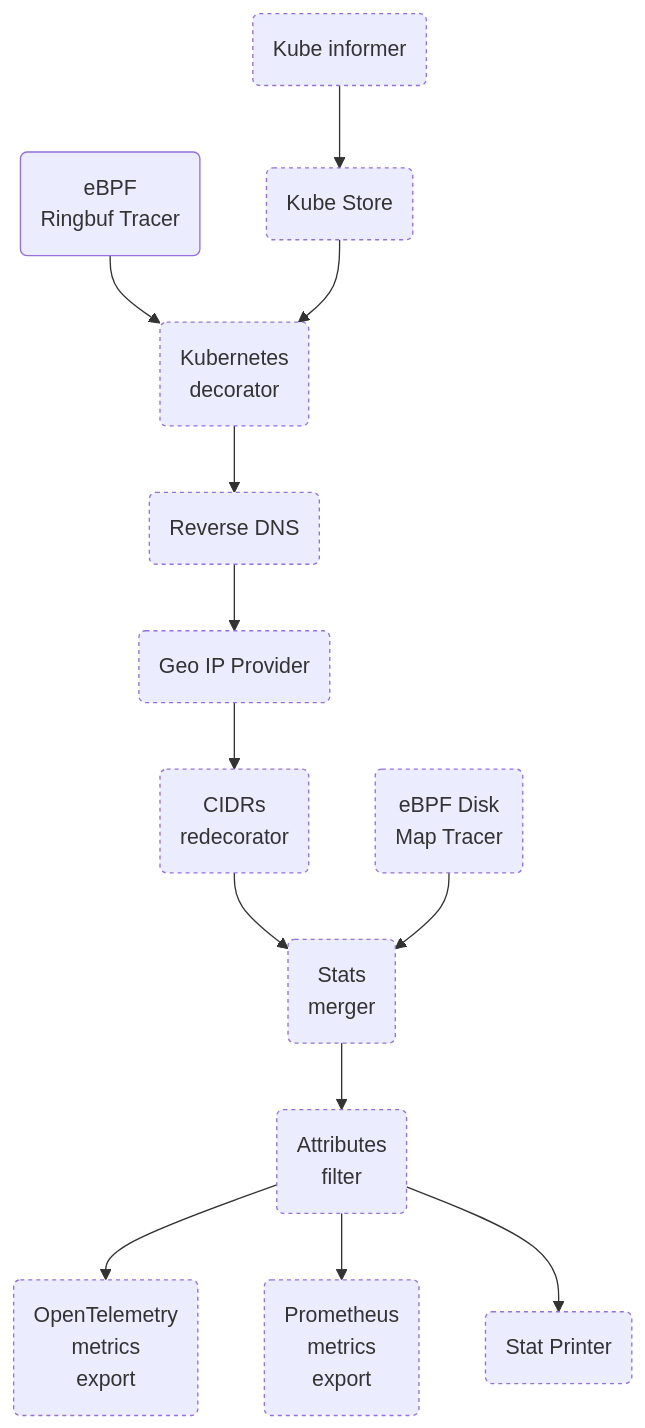
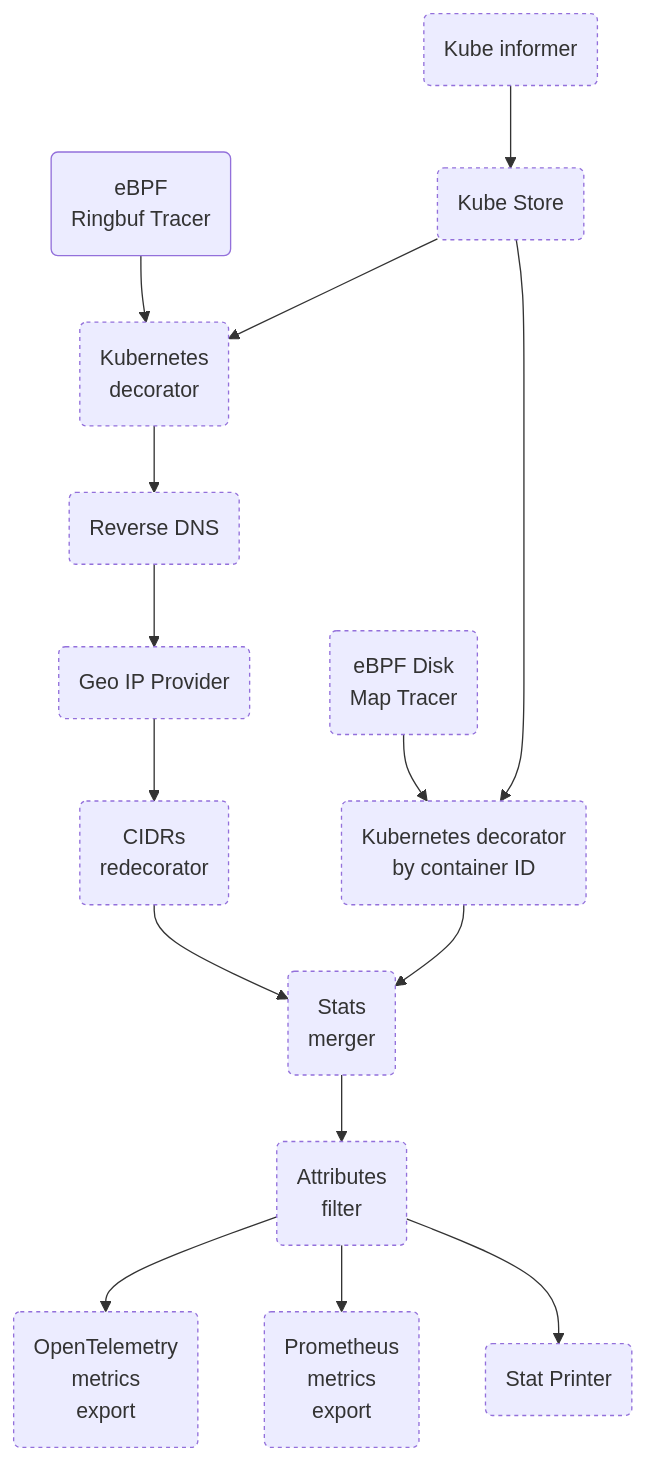
The third of 3 diagrams in devdocs/pipeline-map.md (TheDwingMAN/opentelemetry-ebpf-instrumentation), drawn with Mermaid before and after one commit. The commit also changed 17 other files, not shown here.

````diff
--- a/devdocs/pipeline-map.md
+++ b/devdocs/pipeline-map.md
@@ -103,16 +103,18 @@
 ```mermaid
 flowchart TD
     classDef optional stroke-dasharray: 3 3;
     RT(eBPF<br/>Ringbuf Tracer) --> K8S
     KIN(Kube informer):::optional --> KSTORE
     KSTORE(Kube Store):::optional --> K8S
     K8S(Kubernetes<br/>decorator):::optional --> RDNS
     RDNS(Reverse DNS):::optional --> GeoIP
     GeoIP(Geo IP Provider):::optional --> CIDRS
     CIDRS(CIDRs<br/>redecorator):::optional --> MRG
-    DMT(eBPF Disk<br/>Map Tracer):::optional --> MRG
+    DMT(eBPF Disk<br/>Map Tracer):::optional --> DK8S
+    KSTORE --> DK8S
+    DK8S(Kubernetes decorator<br/>by container ID):::optional --> MRG
     MRG(Stats<br/>merger):::optional --> FLTR
     FLTR(Attributes<br/>filter):::optional --> OTEL(OpenTelemetry<br/>metrics<br/>export):::optional
     FLTR --> PROM(Prometheus<br/>metrics<br/>export):::optional
     FLTR --> StatPrinter(Stat Printer):::optional
 ```
````
